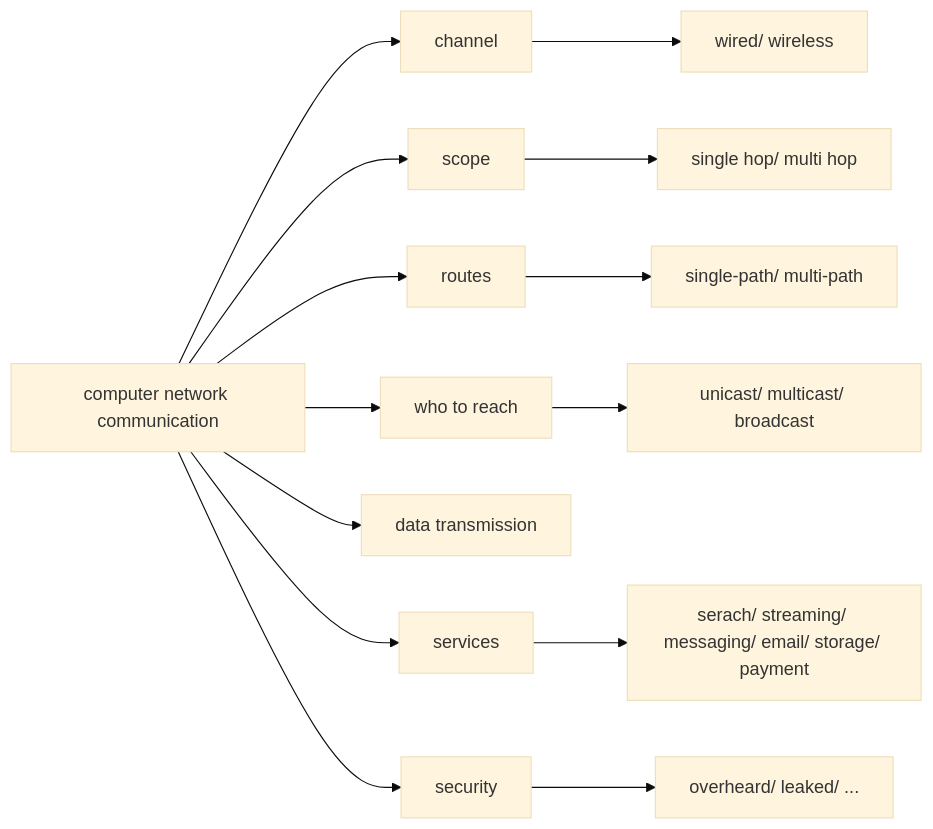
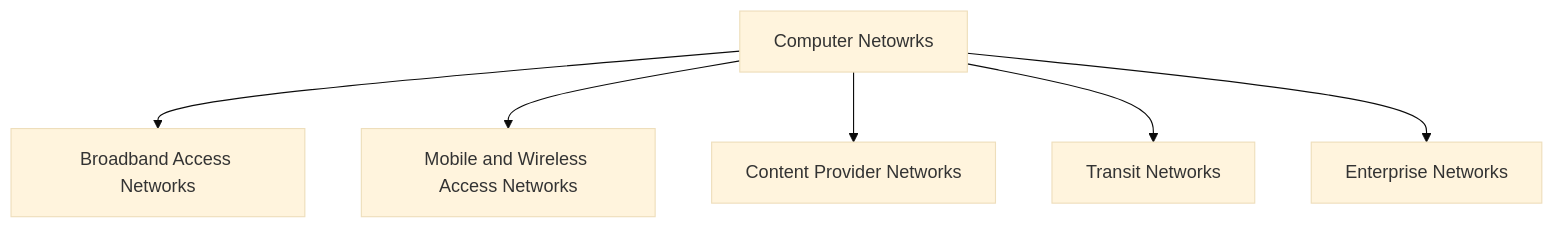
The diagram in src/content/posts/SE/CN/CN_0.md (eric-117c/Myblog), drawn with Mermaid (base theme) before and after one commit. The commit also changed other lines of this file and 4 other files, not shown here.

````diff
--- a/src/content/posts/SE/CN/CN_0.md
+++ b/src/content/posts/SE/CN/CN_0.md
@@ -27,11 +75,8 @@
 ```mermaid
-graph LR
-A[computer network communication] --> B[channel] --> I[wired/ wireless]
-A --> C[scope] --> J[single hop/ multi hop]
-A --> D[routes] --> K[single-path/ multi-path]
-A --> E[who to reach] --> L[unicast/ multicast/ broadcast]
-A --> F[data transmission] 
-A --> G[services] --> M[serach/ streaming/ messaging/ email/ storage/ payment]
-A --> H[security] --> N[overheard/ leaked/ ...]
-
+graph TD
+A[Computer Netowrks] --> B[Broadband Access Networks]
+A --> C[Mobile and Wireless Access Networks]
+A --> D[Content Provider Networks]
+A --> E[Transit Networks]
+A --> F[Enterprise Networks]
 ```
````
